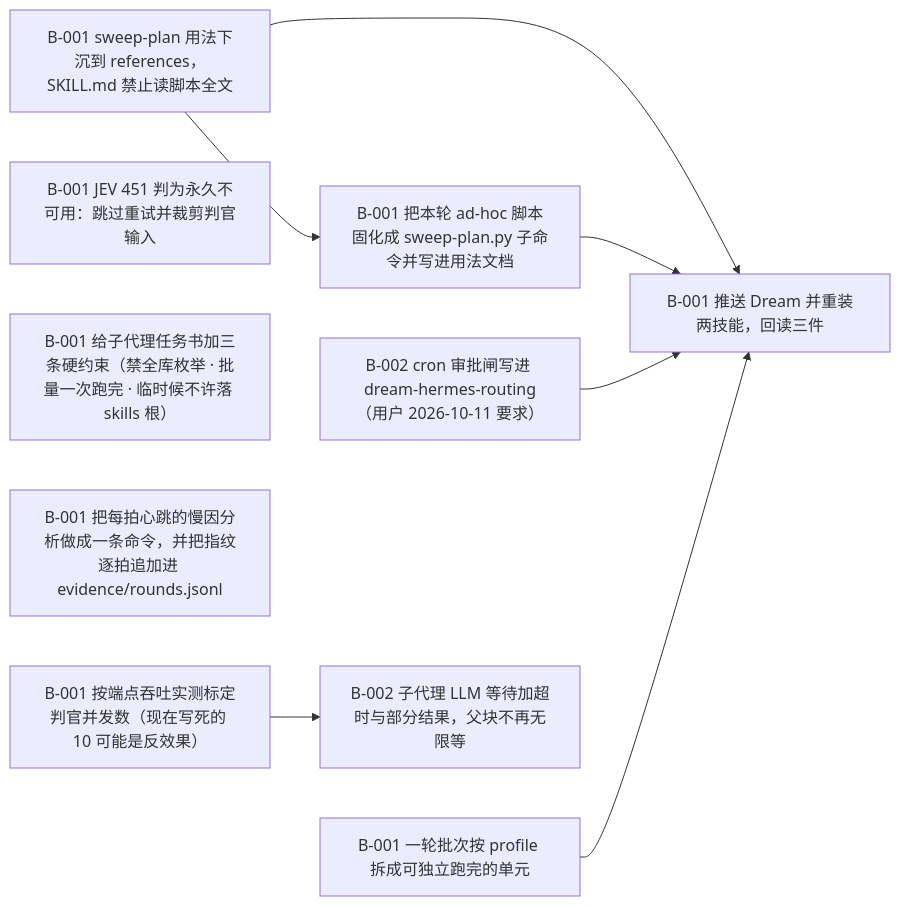
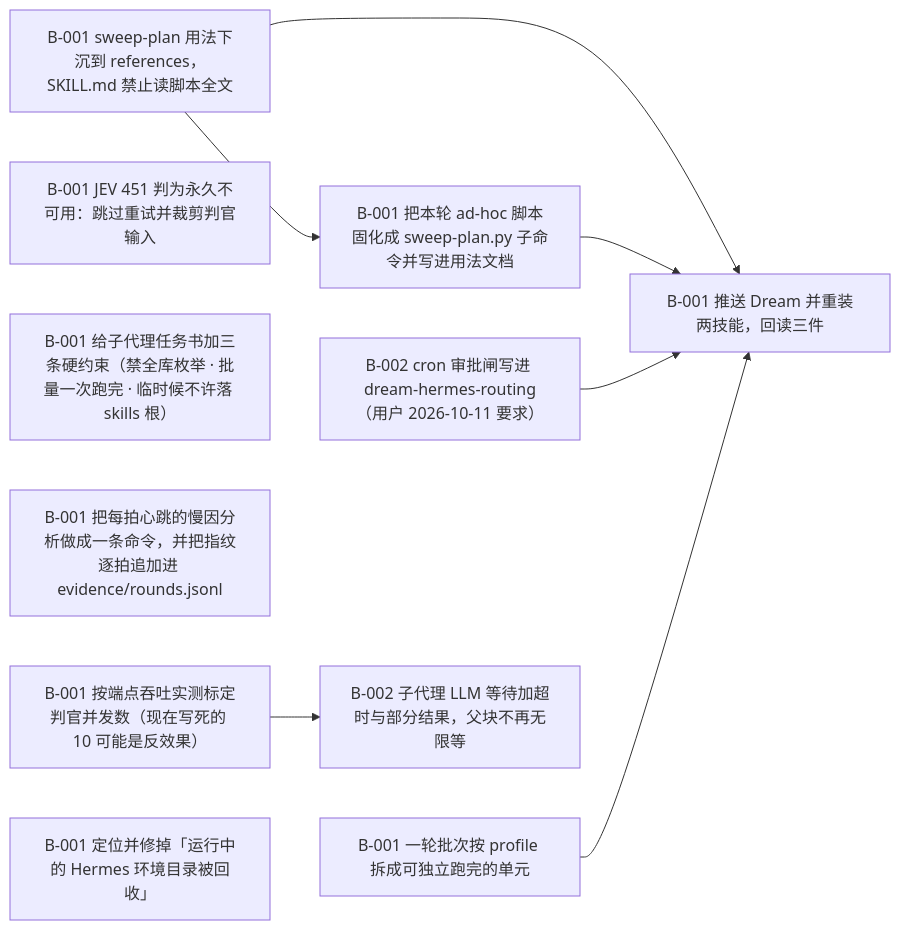
The diagram in plans/dream-perf/PLAN.md (flmaximwang/Dream), drawn with Mermaid before and after one commit. The commit also changed other lines of this file and 4 other files, not shown here.

````diff
--- a/plans/dream-perf/PLAN.md
+++ b/plans/dream-perf/PLAN.md
@@ -20,25 +21,26 @@
 ```mermaid
 flowchart LR
   T-001_B-001["B-001 sweep-plan 用法下沉到 references，SKILL.md 禁止读脚本全文"]
   T-002_B-001["B-001 把本轮 ad-hoc 脚本固化成 sweep-plan.py 子命令并写进用法文档"]
   T-003_B-001["B-001 JEV 451 判为永久不可用：跳过重试并裁剪判官输入"]
   T-003_B-002["B-002 cron 审批闸写进 dream-hermes-routing（用户 2026-10-11 要求）"]
   T-004_B-001["B-001 一轮批次按 profile 拆成可独立跑完的单元"]
   T-005_B-001["B-001 推送 Dream 并重装两技能，回读三件"]
   T-006_B-001["B-001 给子代理任务书加三条硬约束（禁全库枚举 · 批量一次跑完 · 临时候不许落 skills 根）"]
   T-007_B-001["B-001 把每拍心跳的慢因分析做成一条命令，并把指纹逐拍追加进 evidence/rounds.jsonl"]
   T-008_B-001["B-001 按端点吞吐实测标定判官并发数（现在写死的 10 可能是反效果）"]
   T-008_B-002["B-002 子代理 LLM 等待加超时与部分结果，父块不再无限等"]
+  T-009_B-001["B-001 定位并修掉「运行中的 Hermes 环境目录被回收」"]
   T-001_B-001 --> T-002_B-001
   T-001_B-001 --> T-005_B-001
   T-002_B-001 --> T-005_B-001
   T-003_B-002 --> T-005_B-001
   T-004_B-001 --> T-005_B-001
   T-008_B-001 --> T-008_B-002
   classDef ready stroke-width:1px;
-  class T-001_B-001,T-003_B-001,T-003_B-002,T-004_B-001,T-006_B-001,T-008_B-001 ready;
+  class T-001_B-001,T-003_B-001,T-003_B-002,T-004_B-001,T-006_B-001,T-008_B-001,T-009_B-001 ready;
   classDef waiting stroke-width:1px;
   class T-002_B-001,T-005_B-001,T-008_B-002 waiting;
   classDef done stroke-width:1px;
   class T-007_B-001 done;
 ```
````
